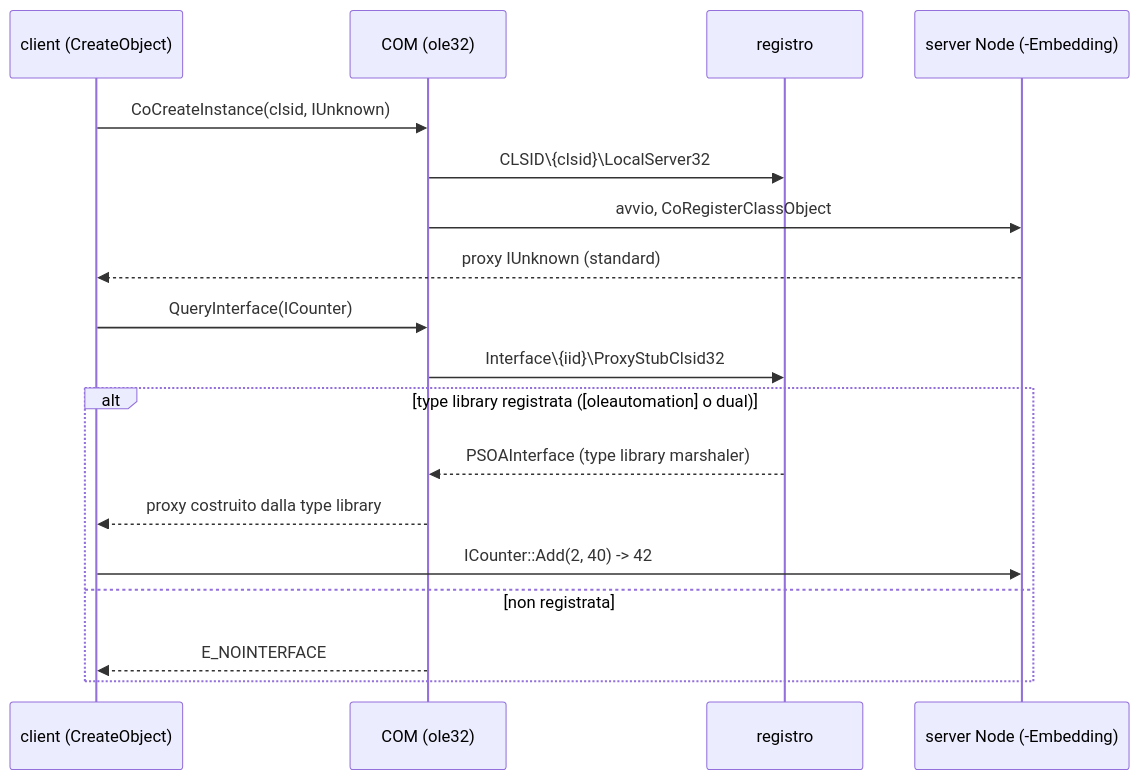
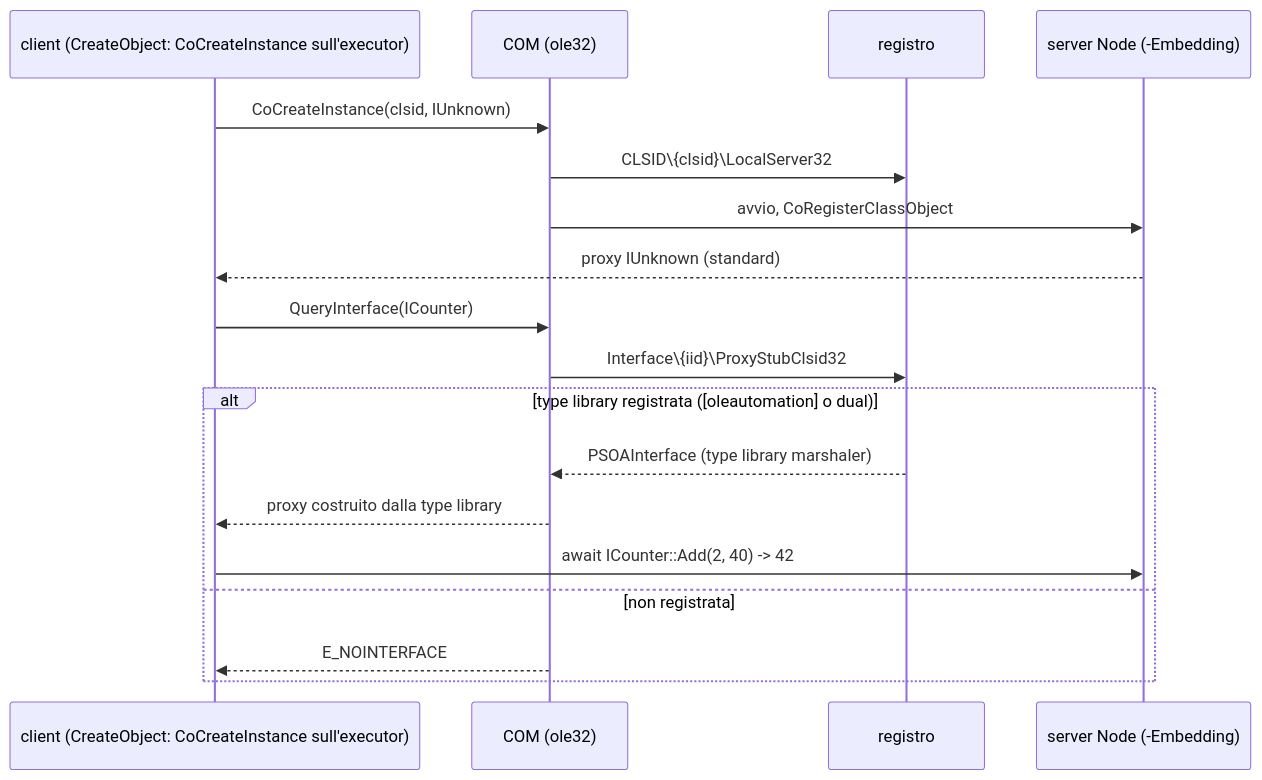
One commit to dmazzella/node-comtypes changed diagram 13 of 16 in FLOWS.md. Above: the diagram before and after it, drawn with Mermaid. The commit also changed other lines of this file, not shown here.

Commit message:
docs: align FLOWS.md with the asynchronous API

````diff
--- a/FLOWS.md
+++ b/FLOWS.md
@@ -553,20 +575,20 @@
 ```mermaid
 sequenceDiagram
-    participant C as client (CreateObject)
+    participant C as client (CreateObject: CoCreateInstance sull'executor)
     participant O as COM (ole32)
     participant R as registro
     participant S as server Node (-Embedding)
     C->>O: CoCreateInstance(clsid, IUnknown)
     O->>R: CLSID\{clsid}\LocalServer32
     O->>S: avvio, CoRegisterClassObject
     S-->>C: proxy IUnknown (standard)
     C->>O: QueryInterface(ICounter)
     O->>R: Interface\{iid}\ProxyStubClsid32
     alt type library registrata ([oleautomation] o dual)
         R-->>O: PSOAInterface (type library marshaler)
         O-->>C: proxy costruito dalla type library
-        C->>S: ICounter::Add(2, 40) -> 42
+        C->>S: await ICounter::Add(2, 40) -> 42
     else non registrata
         O-->>C: E_NOINTERFACE
     end
 ```
````
